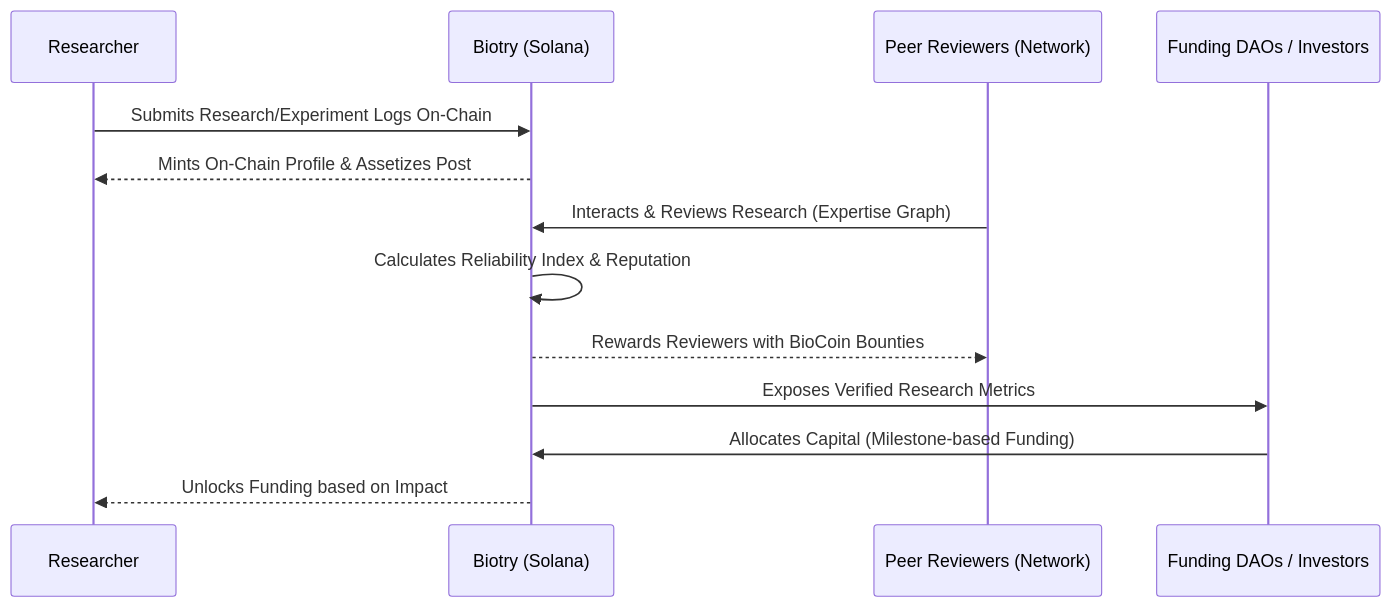
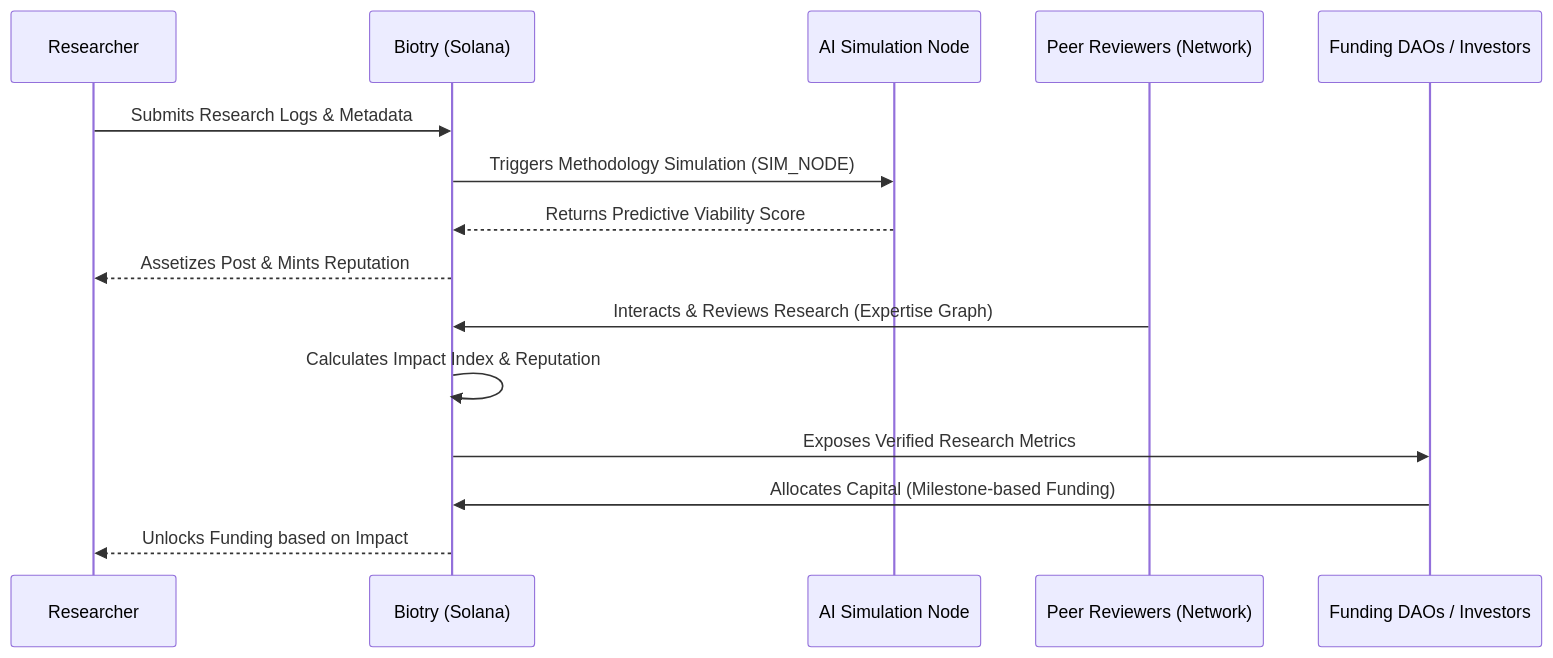
The diagram in README.md (Joseph-hackathon/Biotry), drawn with Mermaid before and after one commit. The commit also changed other lines of this file and 27 other files, not shown here.

````diff
--- a/README.md
+++ b/README.md
@@ -34,16 +58,18 @@
 ```mermaid
 sequenceDiagram
     participant R as Researcher
     participant B as Biotry (Solana)
+    participant S as AI Simulation Node
     participant P as Peer Reviewers (Network)
     participant D as Funding DAOs / Investors
     
-    R->>B: Submits Research/Experiment Logs On-Chain
-    B-->>R: Mints On-Chain Profile & Assetizes Post
+    R->>B: Submits Research Logs & Metadata
+    B->>S: Triggers Methodology Simulation (SIM_NODE)
+    S-->>B: Returns Predictive Viability Score
+    B-->>R: Assetizes Post & Mints Reputation
     P->>B: Interacts & Reviews Research (Expertise Graph)
-    B->>B: Calculates Reliability Index & Reputation
-    B-->>P: Rewards Reviewers with BioCoin Bounties
+    B->>B: Calculates Impact Index & Reputation
     B->>D: Exposes Verified Research Metrics
     D->>B: Allocates Capital (Milestone-based Funding)
     B-->>R: Unlocks Funding based on Impact
 ```
````
